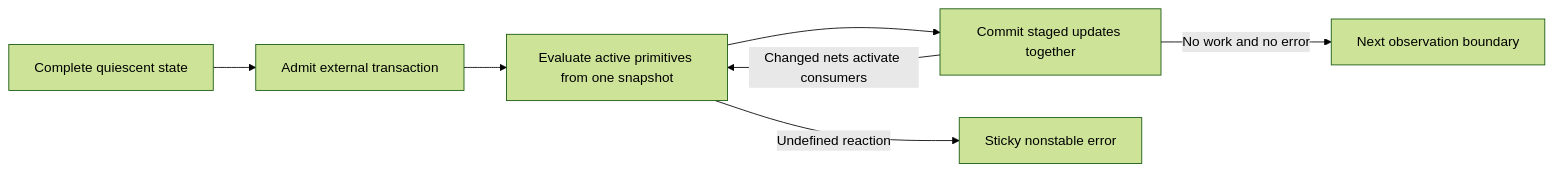
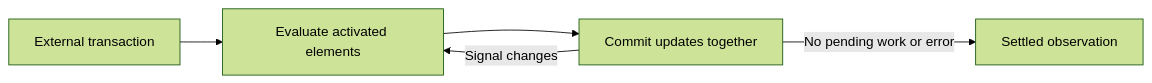
Before and after one commit to keplertech/kepler-formal: the diagram in docs/sec-latch-support.md, drawn with Mermaid (forest theme). The commit also changed other lines of this file and 4 other files, not shown here.

````diff
--- a/docs/sec-latch-support.md
+++ b/docs/sec-latch-support.md
@@ -256,9 +59,7 @@
 ```mermaid
 flowchart LR
-    Q[Complete quiescent state] --> J[Admit external transaction]
-    J --> V[Evaluate active primitives from one snapshot]
-    V --> C[Commit staged updates together]
-    C -->|Changed nets activate consumers| V
-    C -->|No work and no error| B[Next observation boundary]
-    V -->|Undefined reaction| E[Sticky nonstable error]
+    A[External transaction] --> E[Evaluate activated elements]
+    E --> C[Commit updates together]
+    C -->|Signal changes| E
+    C -->|No pending work or error| B[Settled observation]
 ```
````
